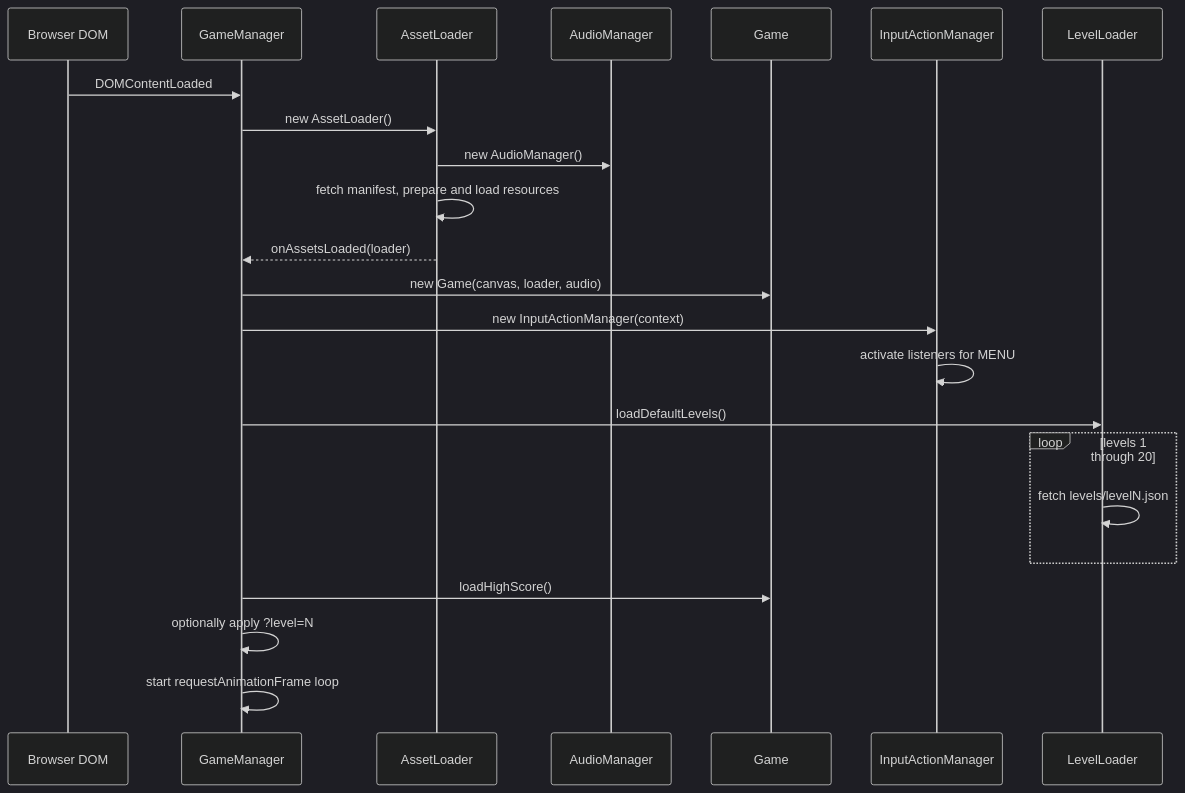
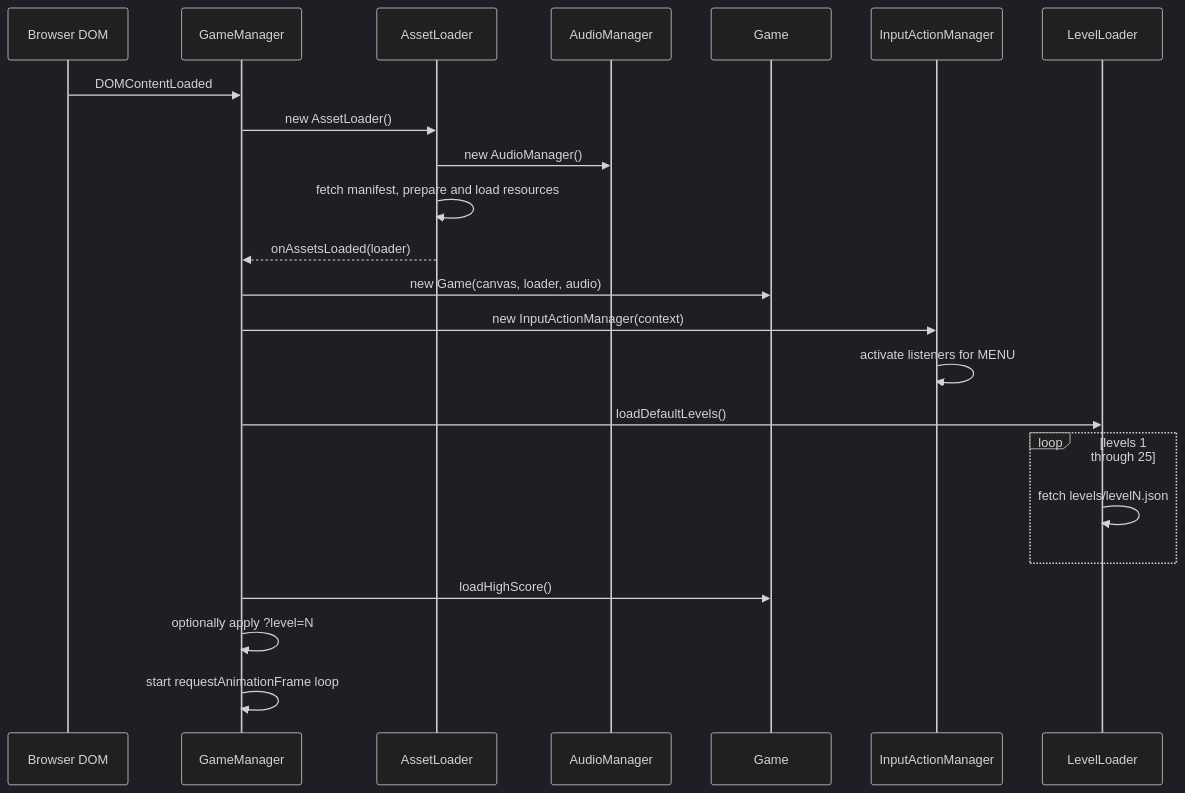
Before and after one commit to Newah1/SpacedPenguin: the fourth of 15 diagrams in ARCHITECTURE.md, drawn with Mermaid (dark theme). The commit also changed other lines of this file and 14 other files, not shown here.

````diff
--- a/ARCHITECTURE.md
+++ b/ARCHITECTURE.md
@@ -159,26 +159,26 @@
 ```mermaid
 sequenceDiagram
     participant DOM as Browser DOM
     participant GM as GameManager
     participant AL as AssetLoader
     participant AM as AudioManager
     participant G as Game
     participant IA as InputActionManager
     participant LL as LevelLoader
 
     DOM->>GM: DOMContentLoaded
     GM->>AL: new AssetLoader()
     AL->>AM: new AudioManager()
     AL->>AL: fetch manifest, prepare and load resources
     AL-->>GM: onAssetsLoaded(loader)
     GM->>G: new Game(canvas, loader, audio)
     GM->>IA: new InputActionManager(context)
     IA->>IA: activate listeners for MENU
     GM->>LL: loadDefaultLevels()
-    loop levels 1 through 20
+    loop levels 1 through 25
         LL->>LL: fetch levels/levelN.json
     end
     GM->>G: loadHighScore()
     GM->>GM: optionally apply ?level=N
     GM->>GM: start requestAnimationFrame loop
 ```
````
